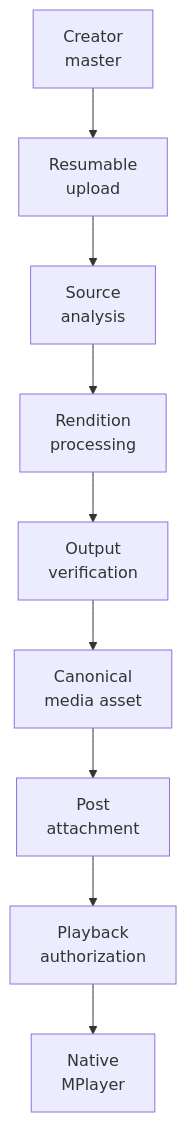
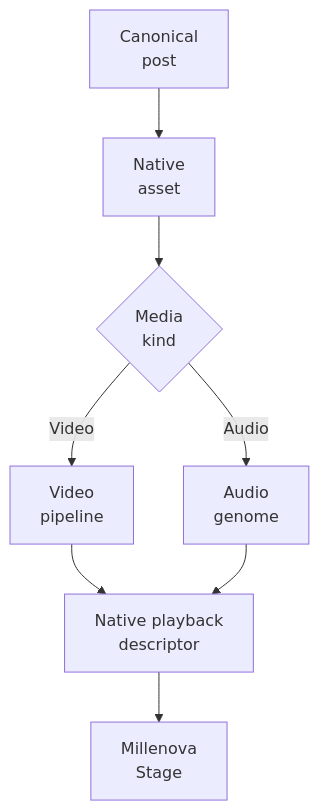
One commit to wilderruiz/millenova-project changed the first of 6 diagrams in docs/media/NATIVE_MEDIA_ENGINEERING.md. Above: the diagram before and after it, drawn with Mermaid. The commit also changed other lines of this file, not shown here.

Commit message:
docs: expand native media engineering for MP3 genome architecture

````diff
--- a/docs/media/NATIVE_MEDIA_ENGINEERING.md
+++ b/docs/media/NATIVE_MEDIA_ENGINEERING.md
@@ -20,11 +16,10 @@
 ```mermaid
 flowchart TD
-    SOURCE["Creator<br/>master"] --> UPLOAD["Resumable<br/>upload"]
-    UPLOAD --> ANALYZE["Source<br/>analysis"]
-    ANALYZE --> REND["Rendition<br/>processing"]
-    REND --> VERIFY["Output<br/>verification"]
-    VERIFY --> ASSET["Canonical<br/>media asset"]
-    ASSET --> ATTACH["Post<br/>attachment"]
-    ATTACH --> AUTH["Playback<br/>authorization"]
-    AUTH --> PLAYER["Native<br/>MPlayer"]
+    POST["Canonical<br/>post"] --> ASSET["Native<br/>asset"]
+    ASSET --> KIND{"Media<br/>kind"}
+    KIND -->|Video| VIDEO["Video<br/>pipeline"]
+    KIND -->|Audio| AUDIO["Audio<br/>genome"]
+    VIDEO --> DESC["Native playback<br/>descriptor"]
+    AUDIO --> DESC
+    DESC --> STAGE["Millenova<br/>Stage"]
 ```
````
